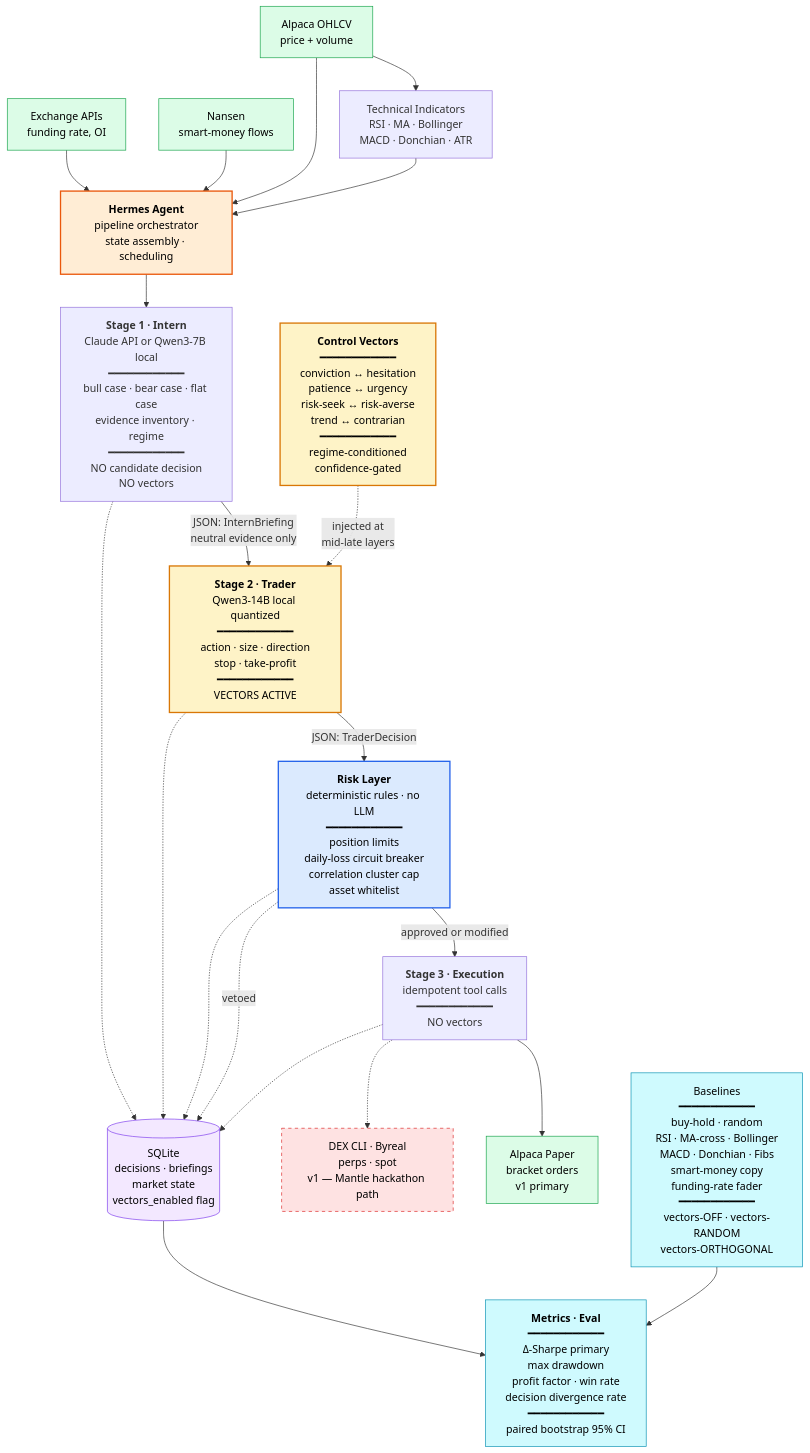
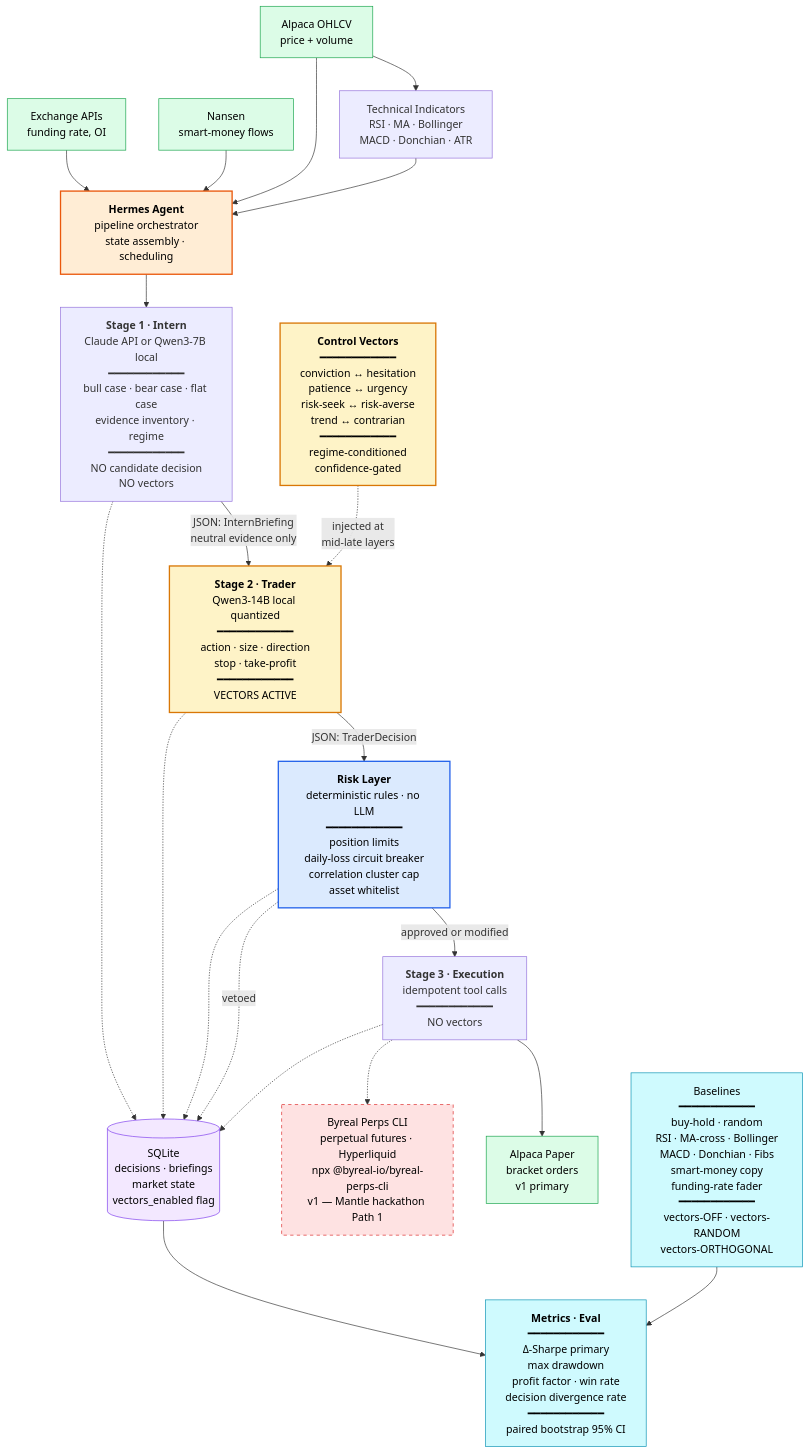
One commit to latentwill/xvision changed the diagram in architecture.md. Above: the diagram before and after it, drawn with Mermaid. The commit also changed other lines of this file and 7 other files, not shown here.

First line of the commit message:
docs: v1 scope cut + Mantle/Byreal venue verified (M0 probe)

````diff
--- a/architecture.md
+++ b/architecture.md
@@ -59,69 +59,69 @@
 ```mermaid
 flowchart TD
     A1[Alpaca OHLCV<br/>price + volume]
     A2[Exchange APIs<br/>funding rate, OI]
     A3[Nansen<br/>smart-money flows]
 
     IND[Technical Indicators<br/>RSI · MA · Bollinger<br/>MACD · Donchian · ATR]
 
     HA[<b>Hermes Agent</b><br/>pipeline orchestrator<br/>state assembly · scheduling]
 
     S1[<b>Stage 1 · Intern</b><br/>Claude API or Qwen3-7B local<br/>━━━━━━━━━━━━<br/>bull case · bear case · flat case<br/>evidence inventory · regime<br/>━━━━━━━━━━━━<br/>NO candidate decision<br/>NO vectors]
 
     S2[<b>Stage 2 · Trader</b><br/>Qwen3-14B local quantized<br/>━━━━━━━━━━━━<br/>action · size · direction<br/>stop · take-profit<br/>━━━━━━━━━━━━<br/>VECTORS ACTIVE]
 
     CV[<b>Control Vectors</b><br/>━━━━━━━━━━━━<br/>conviction ↔ hesitation<br/>patience ↔ urgency<br/>risk-seek ↔ risk-averse<br/>trend ↔ contrarian<br/>━━━━━━━━━━━━<br/>regime-conditioned<br/>confidence-gated]
 
     R[<b>Risk Layer</b><br/>deterministic rules · no LLM<br/>━━━━━━━━━━━━<br/>position limits<br/>daily-loss circuit breaker<br/>correlation cluster cap<br/>asset whitelist]
 
     S3[<b>Stage 3 · Execution</b><br/>idempotent tool calls<br/>━━━━━━━━━━━━<br/>NO vectors]
     AP[Alpaca Paper<br/>bracket orders<br/>v1 primary]
-    DEX[DEX CLI · Byreal<br/>perps · spot<br/>v1 — Mantle hackathon path]
+    DEX[Byreal Perps CLI<br/>perpetual futures · Hyperliquid<br/>npx @byreal-io/byreal-perps-cli<br/>v1 — Mantle hackathon Path 1]
 
     DB[(SQLite<br/>decisions · briefings<br/>market state<br/>vectors_enabled flag)]
 
     M[<b>Metrics · Eval</b><br/>━━━━━━━━━━━━<br/>Δ-Sharpe primary<br/>max drawdown<br/>profit factor · win rate<br/>decision divergence rate<br/>━━━━━━━━━━━━<br/>paired bootstrap 95% CI]
 
     BL[Baselines<br/>━━━━━━━━━━━━<br/>buy-hold · random<br/>RSI · MA-cross · Bollinger<br/>MACD · Donchian · Fibs<br/>smart-money copy<br/>funding-rate fader<br/>━━━━━━━━━━━━<br/>vectors-OFF · vectors-RANDOM<br/>vectors-ORTHOGONAL]
 
     A1 --> IND
     A1 --> HA
     A2 --> HA
     A3 --> HA
     IND --> HA
 
     HA --> S1
     S1 -->|JSON: InternBriefing<br/>neutral evidence only| S2
     CV -.->|injected at<br/>mid-late layers| S2
     S2 -->|JSON: TraderDecision| R
 
     R -->|approved or modified| S3
     R -.->|vetoed| DB
 
     S3 --> AP
     S3 -.-> DEX
 
     S1 -.-> DB
     S2 -.-> DB
     R -.-> DB
     S3 -.-> DB
 
     DB --> M
     BL --> M
 
     classDef vectorOn fill:#fef3c7,stroke:#d97706,stroke-width:2px,color:#000
     classDef deterministic fill:#dbeafe,stroke:#2563eb,stroke-width:2px,color:#000
     classDef storage fill:#f3e8ff,stroke:#7c3aed,color:#000
     classDef external fill:#dcfce7,stroke:#16a34a,color:#000
     classDef deferred fill:#fee2e2,stroke:#dc2626,stroke-dasharray:5 5,color:#000
     classDef orchestrator fill:#ffedd5,stroke:#ea580c,stroke-width:2px,color:#000
     classDef eval fill:#cffafe,stroke:#0891b2,color:#000
 
     class S2,CV vectorOn
     class R deterministic
     class DB storage
     class A1,A2,A3,AP external
     class DEX deferred
     class HA orchestrator
     class M,BL eval
 ```
````
